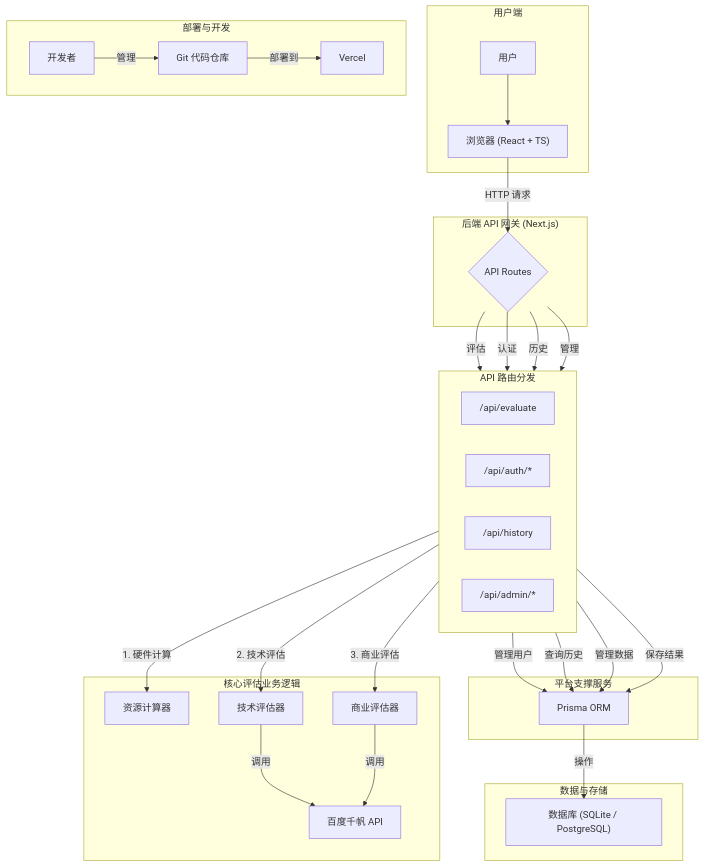
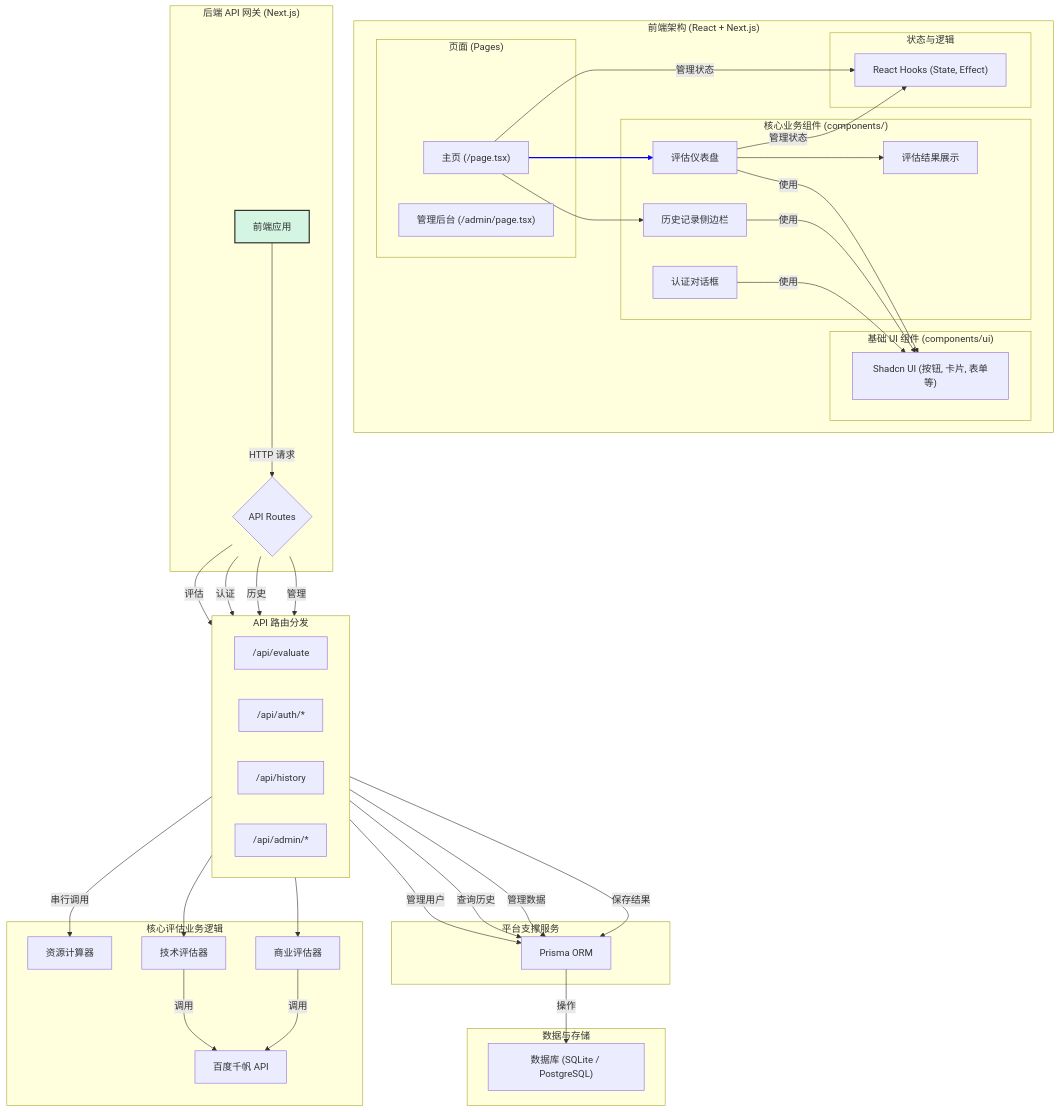
One commit to ethan7zhanghx/ai-calculator changed the diagram in architecture.md. Above: the diagram before and after it, drawn with Mermaid. The commit also changed other lines of this file and 11 other files, not shown here.

````diff
--- a/architecture.md
+++ b/architecture.md
@@ -5,43 +5,74 @@
 ```mermaid
 graph TD
-    subgraph 用户端
-        User["用户"] --> Browser["浏览器 (React + TS)"]
+    subgraph "前端架构 (React + Next.js)"
+        direction LR
+        
+        subgraph "页面 (Pages)"
+            HomePage["主页 (/page.tsx)"]
+            AdminPage["管理后台 (/admin/page.tsx)"]
+        end
+
+        subgraph "核心业务组件 (components/)"
+            Dashboard["评估仪表盘"]
+            History["历史记录侧边栏"]
+            EvaluationDisplays["评估结果展示"]
+            Auth["认证对话框"]
+        end
+        
+        subgraph "基础 UI 组件 (components/ui)"
+            ShadcnUI["Shadcn UI (按钮, 卡片, 表单等)"]
+        end
+
+        subgraph "状态与逻辑"
+            Hooks["React Hooks (State, Effect)"]
+        end
+
+        HomePage --> Dashboard
+        HomePage --> History
+        Dashboard --> EvaluationDisplays
+        
+        Dashboard -- "使用" --> ShadcnUI
+        History -- "使用" --> ShadcnUI
+        Auth -- "使用" --> ShadcnUI
+
+        HomePage -- "管理状态" --> Hooks
+        Dashboard -- "管理状态" --> Hooks
     end
 
     subgraph "后端 API 网关 (Next.js)"
-        Browser -- "HTTP 请求" --> API_Gateway{"API Routes"}
+        Frontend["前端应用"] -- "HTTP 请求" --> API_Gateway{"API Routes"}
     end
 
     subgraph "API 路由分发"
         direction LR
         API_Gateway -- "评估" --> Evaluate_API["/api/evaluate"]
         API_Gateway -- "认证" --> Auth_API["/api/auth/*"]
         API_Gateway -- "历史" --> History_API["/api/history"]
         API_Gateway -- "管理" --> Admin_API["/api/admin/*"]
     end
 
     subgraph "核心评估业务逻辑"
-        Evaluate_API -- "1. 硬件计算" --> Resource_Calculator["资源计算器"]
-        Evaluate_API -- "2. 技术评估" --> Technical_Evaluator["技术评估器"]
-        Evaluate_API -- "3. 商业评估" --> Business_Evaluator["商业评估器"]
+        Evaluate_API -- "串行调用" --> Resource_Calculator["资源计算器"]
+        Evaluate_API --> Technical_Evaluator["技术评估器"]
+        Evaluate_API --> Business_Evaluator["商业评估器"]
         
         Technical_Evaluator -- "调用" --> Qianfan_API["百度千帆 API"]
         Business_Evaluator -- "调用" --> Qianfan_API
     end
 
     subgraph "平台支撑服务"
         Auth_API -- "管理用户" --> Prisma_ORM["Prisma ORM"]
         History_API -- "查询历史" --> Prisma_ORM
         Admin_API -- "管理数据" --> Prisma_ORM
         Evaluate_API -- "保存结果" --> Prisma_ORM
     end
 
     subgraph "数据与存储"
         Prisma_ORM -- "操作" --> Database["数据库 (SQLite / PostgreSQL)"]
     end
 
-    subgraph "部署与开发"
-        Codebase["Git 代码仓库"] -- "部署到" --> Vercel["Vercel"]
-        Developer["开发者"] -- "管理" --> Codebase
-    end
+    %% Link Frontend to Backend
+    linkStyle 0 stroke-width:2px,fill:none,stroke:blue;
+    classDef frontend fill:#D5F5E3,stroke:#333,stroke-width:2px;
+    class Frontend frontend;
 ```
````
